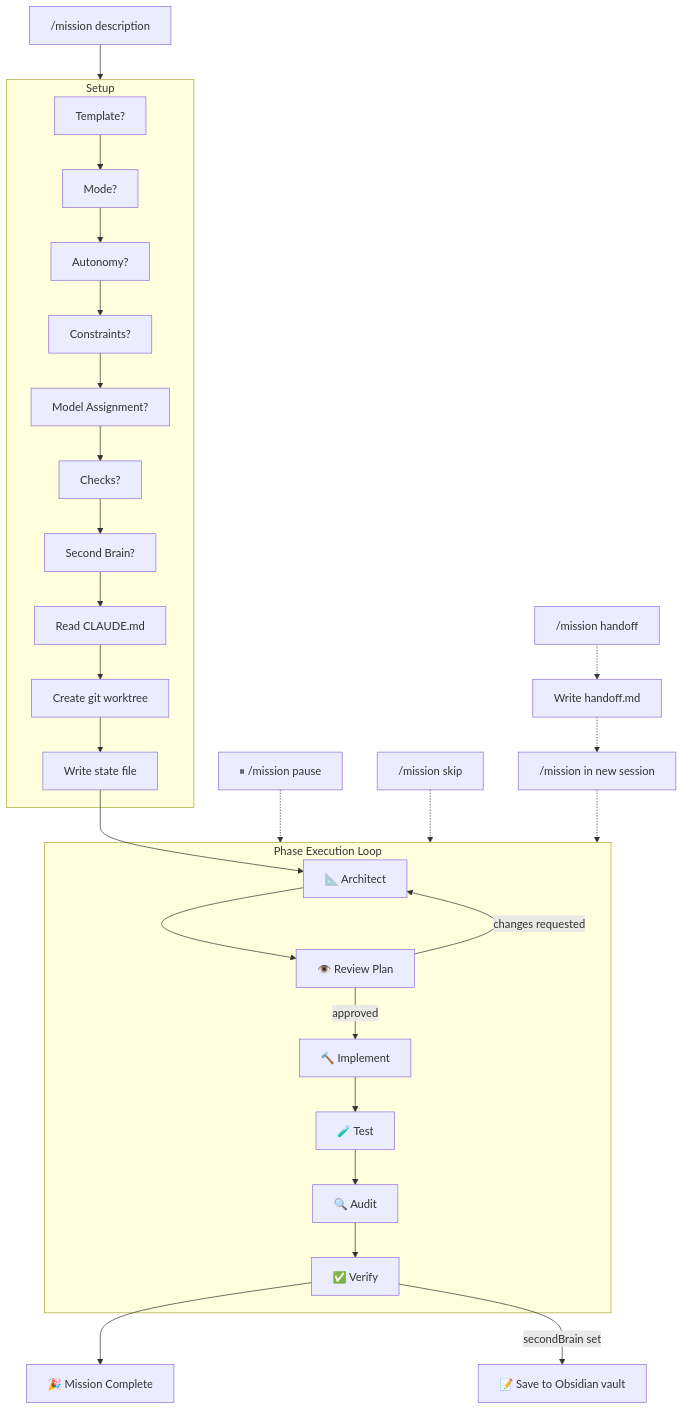
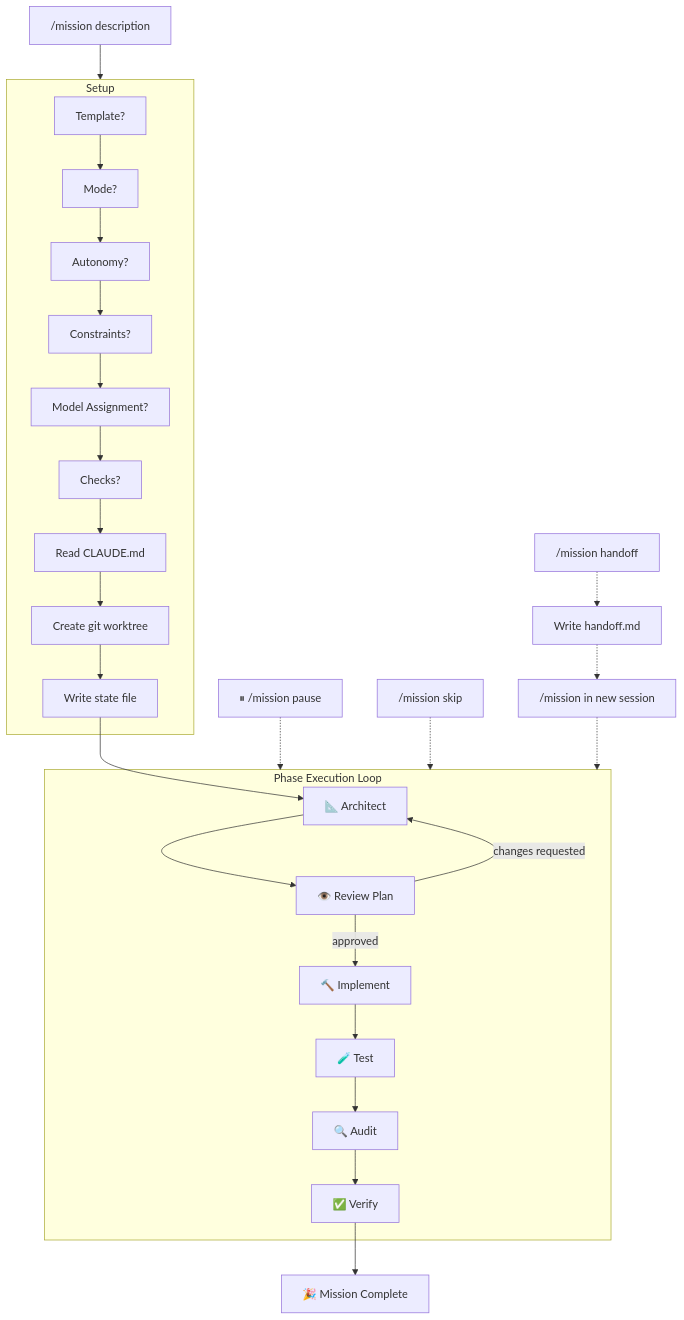
Before and after one commit to itisbryan/claude-missions: the first of 5 diagrams in docs/architecture.md, drawn with Mermaid. The commit also changed 24 other files, not shown here.

````diff
--- a/docs/architecture.md
+++ b/docs/architecture.md
@@ -5,36 +5,34 @@
 ```mermaid
 flowchart TD
     Start["/mission description"] --> Setup
 
     subgraph Setup["Setup"]
         Q1[Template?] --> Q2[Mode?]
         Q2 --> Q3[Autonomy?]
         Q3 --> Q4[Constraints?]
         Q4 --> Q5[Model Assignment?]
         Q5 --> Q6[Checks?]
-        Q6 --> Q7[Second Brain?]
-        Q7 --> ReadClaude[Read CLAUDE.md]
+        Q6 --> ReadClaude[Read CLAUDE.md]
         ReadClaude --> Worktree[Create git worktree]
         Worktree --> State[Write state file]
     end
 
     State --> Phase1
 
     subgraph Phases["Phase Execution Loop"]
         Phase1["📐 Architect"] --> Phase2["👁️ Review Plan"]
         Phase2 -->|approved| Phase3["🔨 Implement"]
         Phase3 --> Phase4["🧪 Test"]
         Phase4 --> Phase5["🔍 Audit"]
         Phase5 --> Phase6["✅ Verify"]
     end
 
     Phase2 -->|changes requested| Phase1
     Phase6 --> Done["🎉 Mission Complete"]
-    Phase6 -->|secondBrain set| Vault["📝 Save to Obsidian vault"]
 
     Pause["⏸ /mission pause"] -.-> Phases
     Skip["/mission skip"] -.-> Phases
     Handoff["/mission handoff"] -.-> HandoffDoc["Write handoff.md"]
     HandoffDoc -.-> NewSession["/mission in new session"]
     NewSession -.-> Phases
 ```
````
